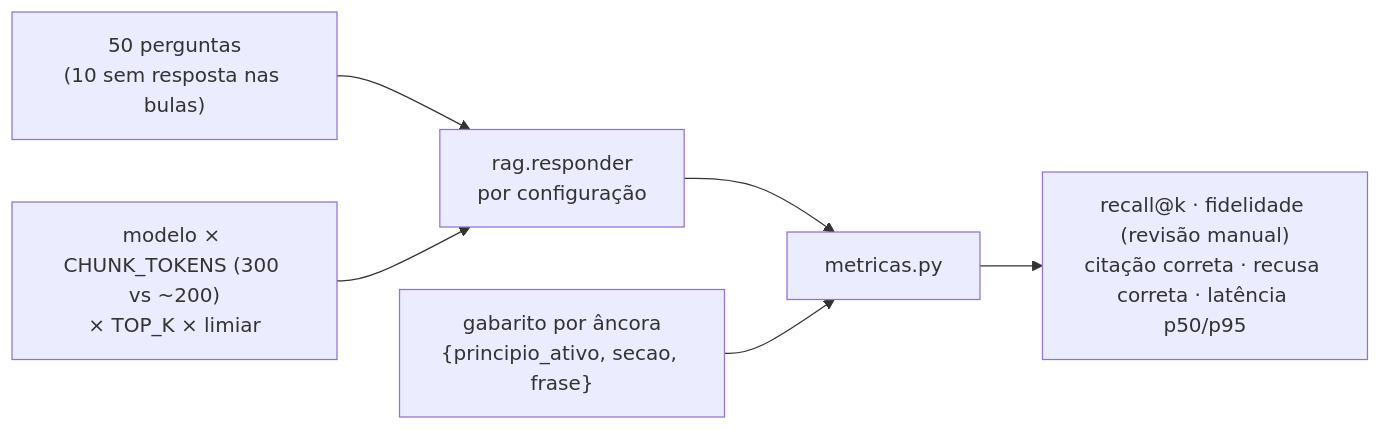
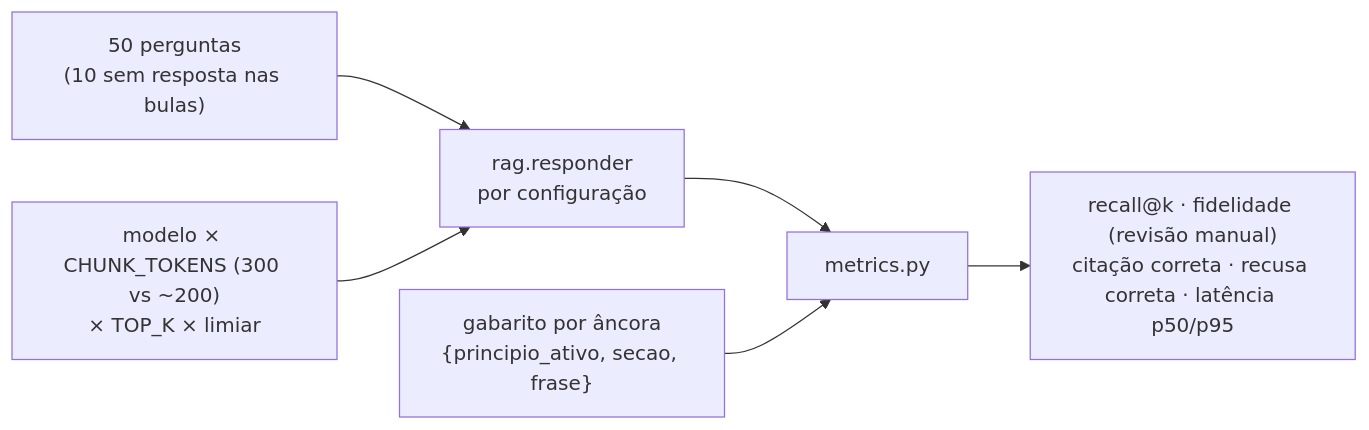
Before and after one commit to umdevaprendiz/farma-rag: the fifth of 5 diagrams in README.md, drawn with Mermaid. The commit also changed other lines of this file and 121 other files, not shown here.

````diff
--- a/README.md
+++ b/README.md
@@ -356,8 +356,8 @@
 ```mermaid
 flowchart LR
   Q["50 perguntas<br/>(10 sem resposta nas bulas)"] --> RUN["rag.responder<br/>por configuração"]
   CFG["modelo × CHUNK_TOKENS (300 vs ~200)<br/>× TOP_K × limiar"] --> RUN
-  RUN --> M["metricas.py"]
+  RUN --> M["metrics.py"]
   GAB["gabarito por âncora<br/>{principio_ativo, secao, frase}"] --> M
   M --> OUT["recall@k · fidelidade (revisão manual)<br/>citação correta · recusa correta · latência p50/p95"]
 ```
````
